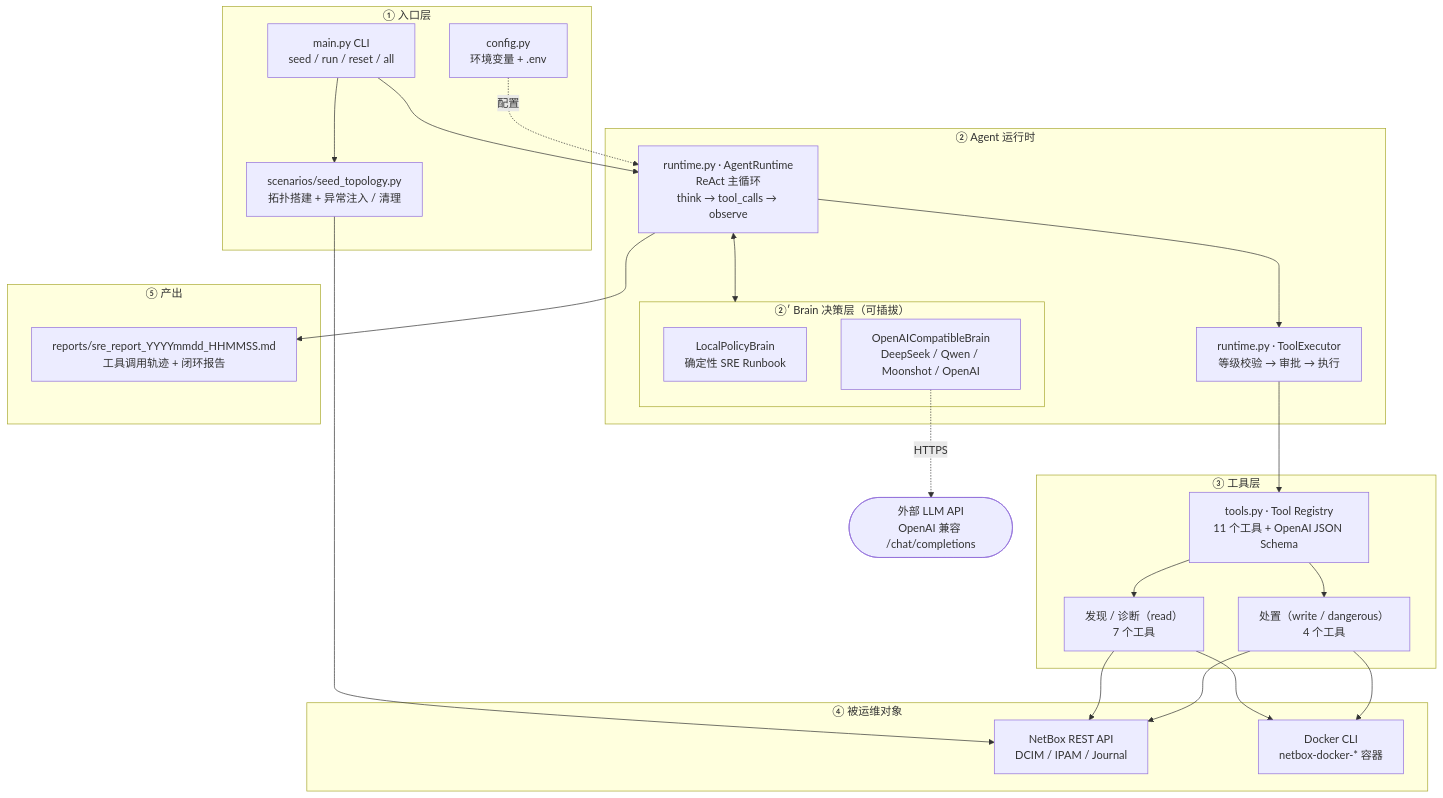
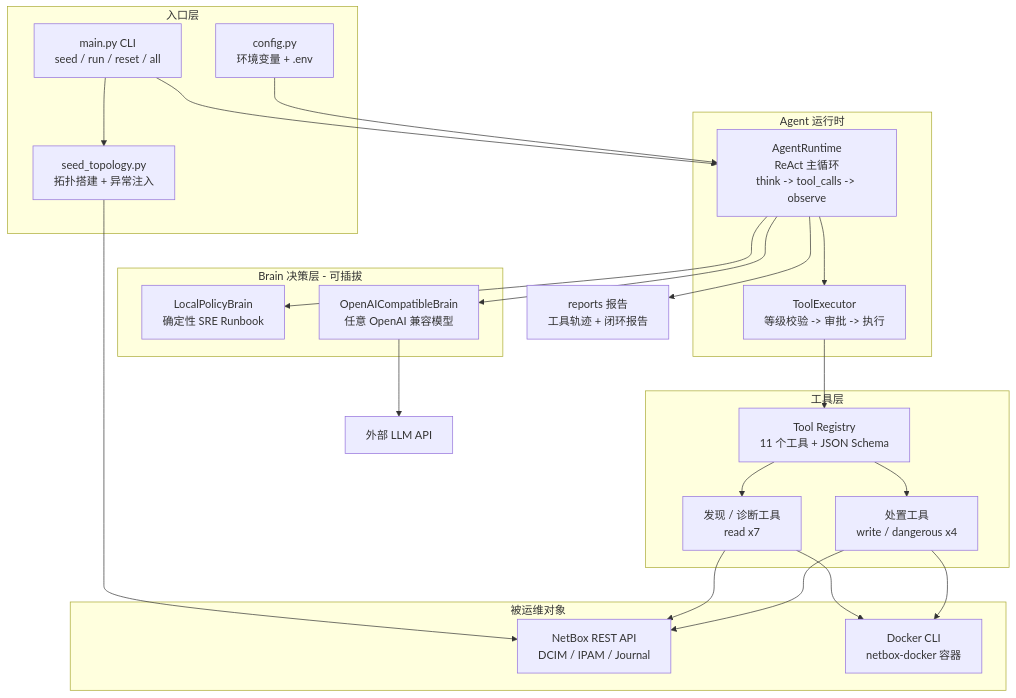
Before and after one commit to stephenwang6/sre-agent: the first of 2 diagrams in README.md, drawn with Mermaid. The commit also changed other lines of this file, not shown here.

Commit message:
Perfect README

````diff
--- a/README.md
+++ b/README.md
@@ -28,50 +28,49 @@
 ```mermaid
 flowchart TB
-    subgraph L1["① 入口层"]
+    subgraph ENTRY["入口层"]
         CLI["main.py CLI<br/>seed / run / reset / all"]
         CFG["config.py<br/>环境变量 + .env"]
-        SCEN["scenarios/seed_topology.py<br/>拓扑搭建 + 异常注入 / 清理"]
+        SCEN["seed_topology.py<br/>拓扑搭建 + 异常注入"]
     end
 
-    subgraph L2["② Agent 运行时"]
-        RT["runtime.py · AgentRuntime<br/>ReAct 主循环<br/>think → tool_calls → observe"]
-        EXEC["runtime.py · ToolExecutor<br/>等级校验 → 审批 → 执行"]
-        subgraph BRAINS["②′ Brain 决策层（可插拔）"]
-            LOCAL["LocalPolicyBrain<br/>确定性 SRE Runbook"]
-            LLM["OpenAICompatibleBrain<br/>DeepSeek / Qwen / Moonshot / OpenAI"]
-        end
+    subgraph CORE["Agent 运行时"]
+        RT["AgentRuntime<br/>ReAct 主循环<br/>think -> tool_calls -> observe"]
+        EXEC["ToolExecutor<br/>等级校验 -> 审批 -> 执行"]
     end
 
-    subgraph L3["③ 工具层"]
-        REG["tools.py · Tool Registry<br/>11 个工具 + OpenAI JSON Schema"]
-        READ["发现 / 诊断（read）<br/>7 个工具"]
-        ACT["处置（write / dangerous）<br/>4 个工具"]
+    subgraph BRAINS["Brain 决策层 - 可插拔"]
+        LOCAL["LocalPolicyBrain<br/>确定性 SRE Runbook"]
+        LLM["OpenAICompatibleBrain<br/>任意 OpenAI 兼容模型"]
     end
 
-    subgraph L4["④ 被运维对象"]
-        NB["NetBox REST API<br/>DCIM / IPAM / Journal"]
-        DK["Docker CLI<br/>netbox-docker-* 容器"]
+    subgraph TOOLS["工具层"]
+        REG["Tool Registry<br/>11 个工具 + JSON Schema"]
+        READ["发现 / 诊断工具<br/>read x7"]
+        ACT["处置工具<br/>write / dangerous x4"]
     end
 
-    subgraph L5["⑤ 产出"]
-        REP["reports/sre_report_YYYYmmdd_HHMMSS.md<br/>工具调用轨迹 + 闭环报告"]
+    subgraph OPS["被运维对象"]
+        NB["NetBox REST API<br/>DCIM / IPAM / Journal"]
+        DK["Docker CLI<br/>netbox-docker 容器"]
     end
 
-    LLMAPI(["外部 LLM API<br/>OpenAI 兼容 /chat/completions"])
+    REP["reports 报告<br/>工具轨迹 + 闭环报告"]
+    LLMAPI["外部 LLM API"]
 
     CLI --> RT
     CLI --> SCEN
-    CFG -. 配置 .-> RT
+    CFG --> RT
     SCEN --> NB
-    RT <--> BRAINS
+    RT --> LOCAL
+    RT --> LLM
     RT --> EXEC
     EXEC --> REG
     REG --> READ
     REG --> ACT
     READ --> NB
     READ --> DK
     ACT --> NB
     ACT --> DK
-    LLM -. HTTPS .-> LLMAPI
+    LLM --> LLMAPI
     RT --> REP
 ```
````
